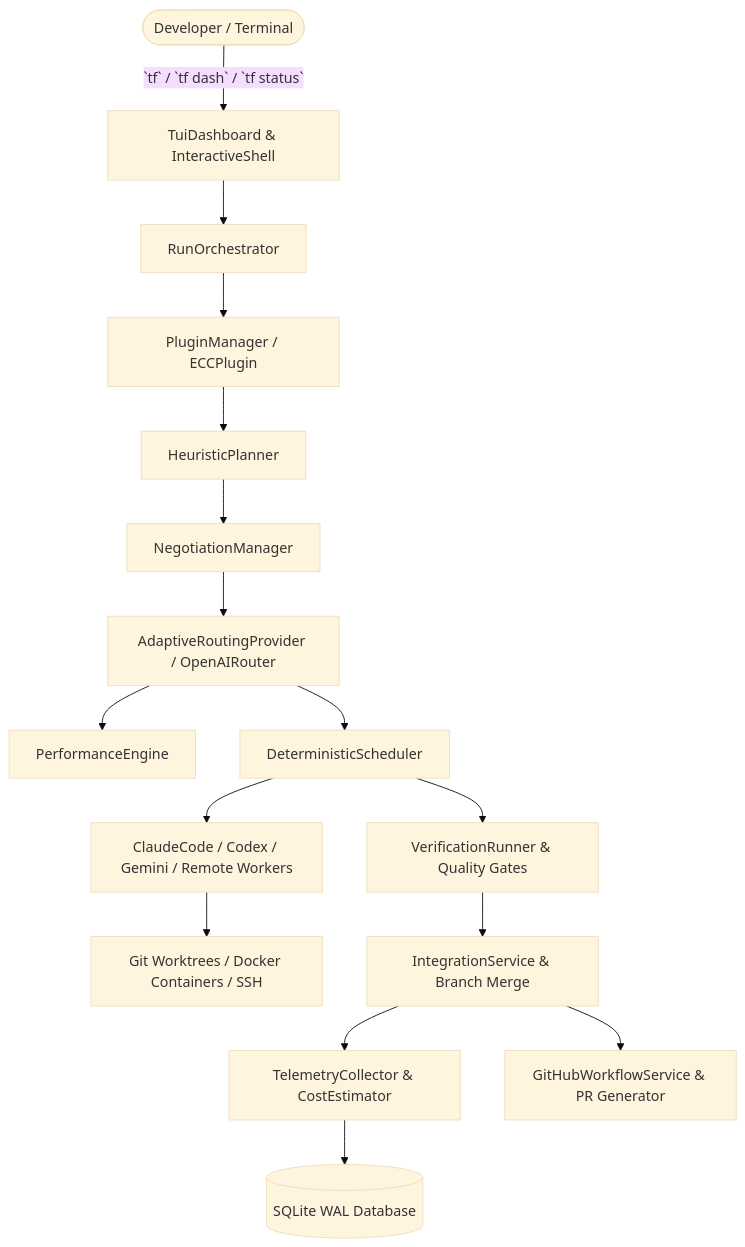
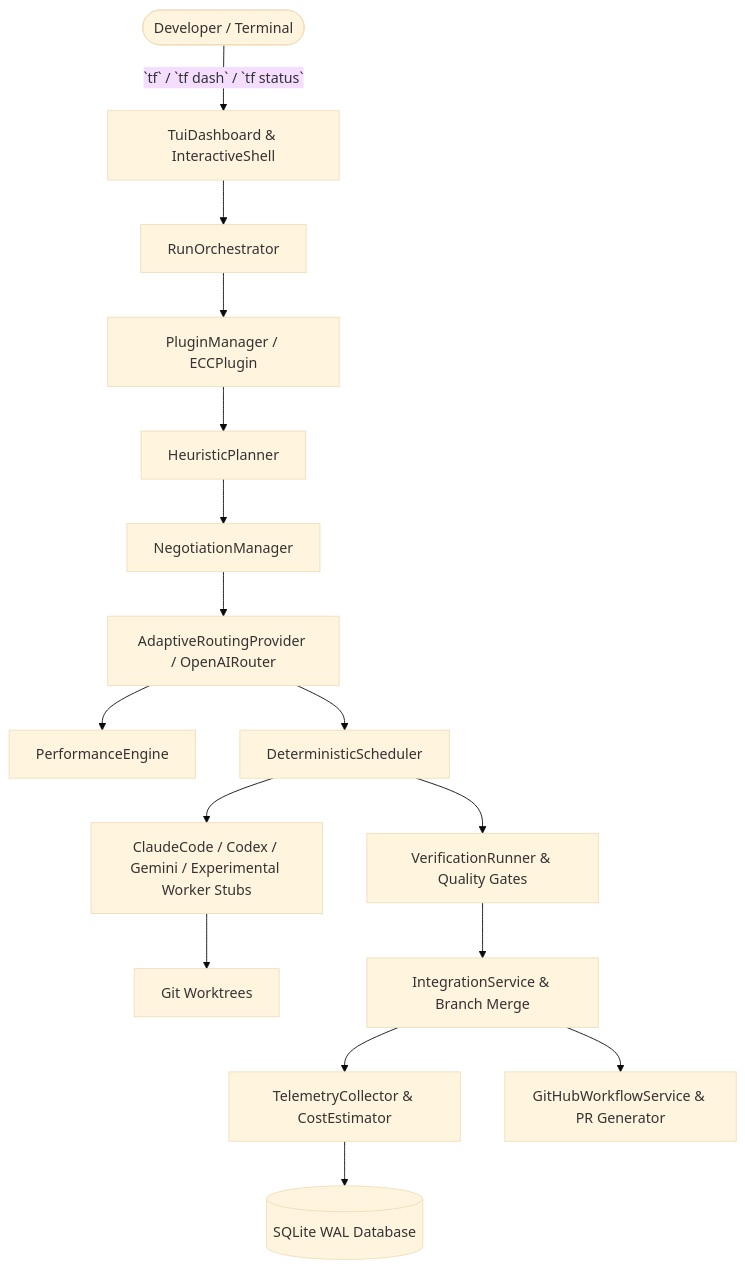
One commit to eder/taskforge changed the diagram in docs/architecture-phases-14-22.md. Above: the diagram before and after it, drawn with Mermaid (base theme). The commit also changed other lines of this file and 1 other file, not shown here.

````diff
--- a/docs/architecture-phases-14-22.md
+++ b/docs/architecture-phases-14-22.md
@@ -15,18 +15,18 @@
 ```mermaid
 flowchart TD
     User([Developer / Terminal]) -->|`tf` / `tf dash` / `tf status`| TUI[TuiDashboard & InteractiveShell]
     TUI --> Orchestrator[RunOrchestrator]
     Orchestrator --> PluginMgr[PluginManager / ECCPlugin]
     PluginMgr --> Planner[HeuristicPlanner]
     Planner --> Preflight[NegotiationManager]
     Preflight --> Router[AdaptiveRoutingProvider / OpenAIRouter]
     Router --> PerfEngine[PerformanceEngine]
     Router --> Scheduler[DeterministicScheduler]
-    Scheduler --> Adapters[ClaudeCode / Codex / Gemini / Remote Workers]
-    Adapters --> Isolated[Git Worktrees / Docker Containers / SSH]
+    Scheduler --> Adapters[ClaudeCode / Codex / Gemini / Experimental Worker Stubs]
+    Adapters --> Isolated[Git Worktrees]
     Scheduler --> Verify[VerificationRunner & Quality Gates]
     Verify --> Integration[IntegrationService & Branch Merge]
     Integration --> Telemetry[TelemetryCollector & CostEstimator]
     Integration --> GitHub[GitHubWorkflowService & PR Generator]
     Telemetry --> SQLite[(SQLite WAL Database)]
 ```
````
